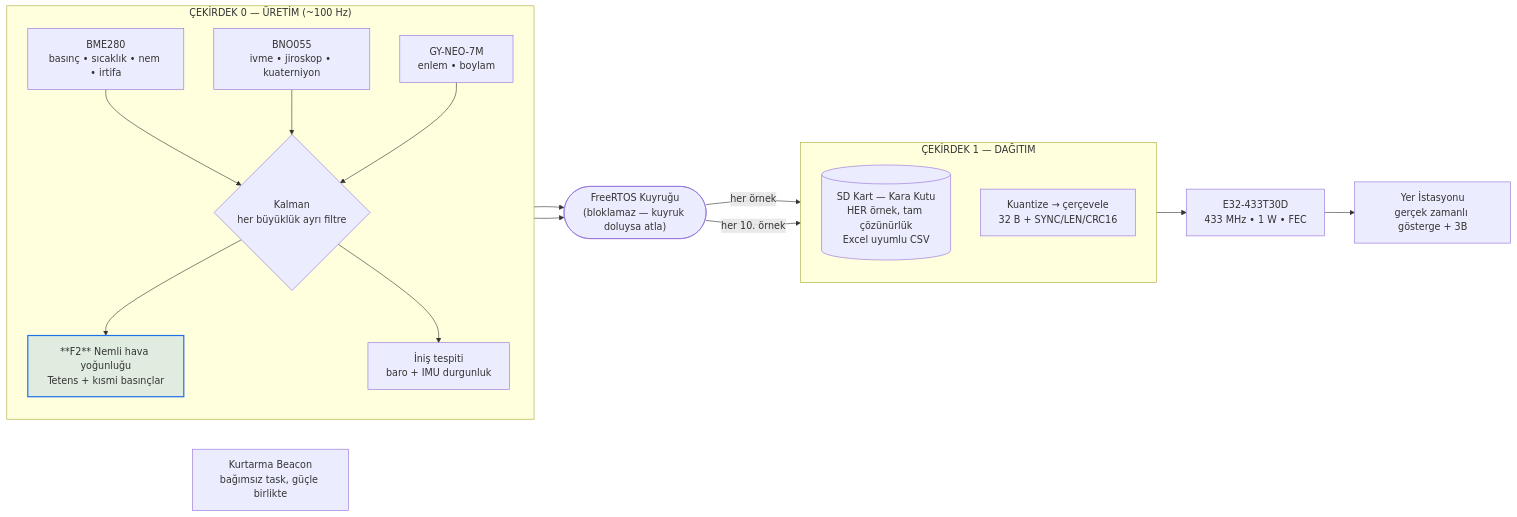
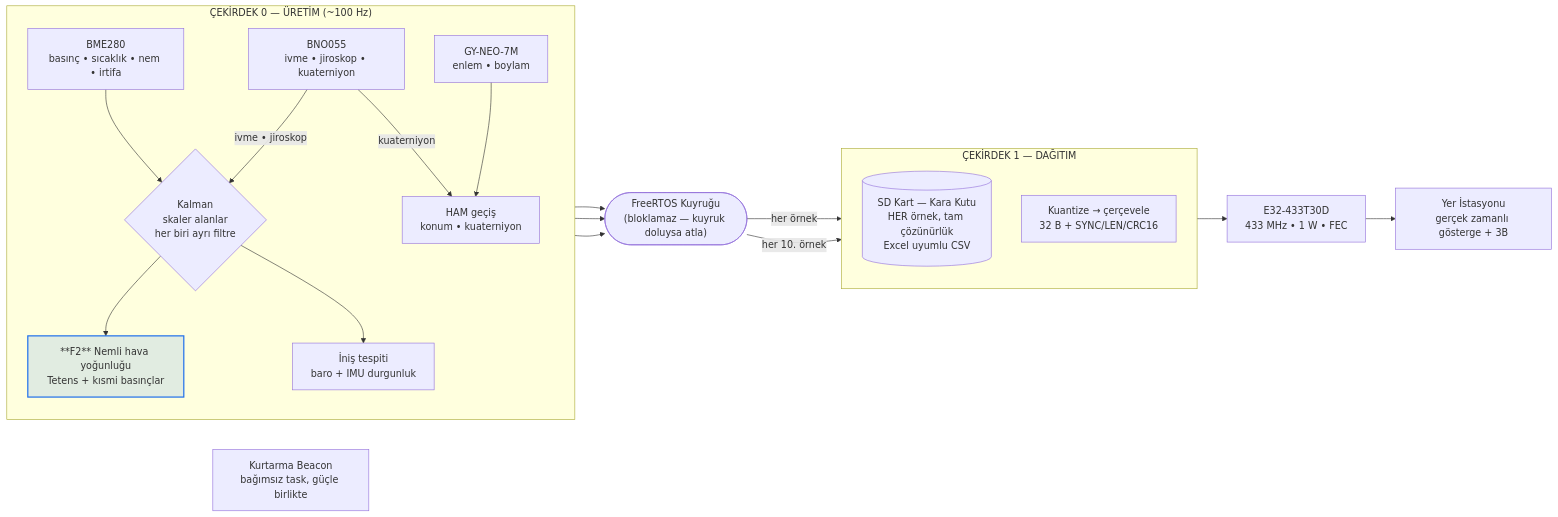
One commit to cinarunver/UcusYazilimi2026 changed the diagram in docs/rapor-gorev-yuku-bilimsel-gorev-yazilim.md. Above: the diagram before and after it, drawn with Mermaid. The commit also changed other lines of this file and 166 other files, not shown here.

````diff
--- a/docs/rapor-gorev-yuku-bilimsel-gorev-yazilim.md
+++ b/docs/rapor-gorev-yuku-bilimsel-gorev-yazilim.md
@@ -21,36 +21,39 @@
 ```mermaid
 flowchart LR
     subgraph C0["ÇEKİRDEK 0 — ÜRETİM (~100 Hz)"]
         direction TB
         BME["BME280<br/>basınç • sıcaklık • nem • irtifa"]
         BNO["BNO055<br/>ivme • jiroskop • kuaterniyon"]
         GPS["GY-NEO-7M<br/>enlem • boylam"]
-        KF{"Kalman<br/>her büyüklük ayrı filtre"}
+        KF{"Kalman<br/>skaler alanlar<br/>her biri ayrı filtre"}
+        RAW["HAM geçiş<br/>konum • kuaterniyon"]
         RHO["**F2** Nemli hava yoğunluğu<br/>Tetens + kısmi basınçlar"]
         LAND["İniş tespiti<br/>baro + IMU durgunluk"]
         BME --> KF
-        BNO --> KF
-        GPS --> KF
+        BNO -->|"ivme • jiroskop"| KF
+        BNO -->|"kuaterniyon"| RAW
+        GPS --> RAW
         KF --> RHO
         KF --> LAND
     end
 
     Q(["FreeRTOS Kuyruğu<br/>(bloklamaz — kuyruk doluysa atla)"])
     RHO --> Q
     KF --> Q
+    RAW --> Q
 
     subgraph C1["ÇEKİRDEK 1 — DAĞITIM"]
         direction TB
         SD[("SD Kart — Kara Kutu<br/>HER örnek, tam çözünürlük<br/>Excel uyumlu CSV")]
         TX["Kuantize → çerçevele<br/>32 B + SYNC/LEN/CRC16"]
     end
     Q -->|"her örnek"| SD
     Q -->|"her 10. örnek"| TX
     TX --> LORA["E32-433T30D<br/>433 MHz • 1 W • FEC"]
 
     BEACON["Kurtarma Beacon<br/>bağımsız task, güçle birlikte"]
     LORA --> YI["Yer İstasyonu<br/>gerçek zamanlı gösterge + 3B"]
 
     classDef bilim fill:#1f6feb22,stroke:#1f6feb,stroke-width:2px
     class RHO bilim
 ```
````
